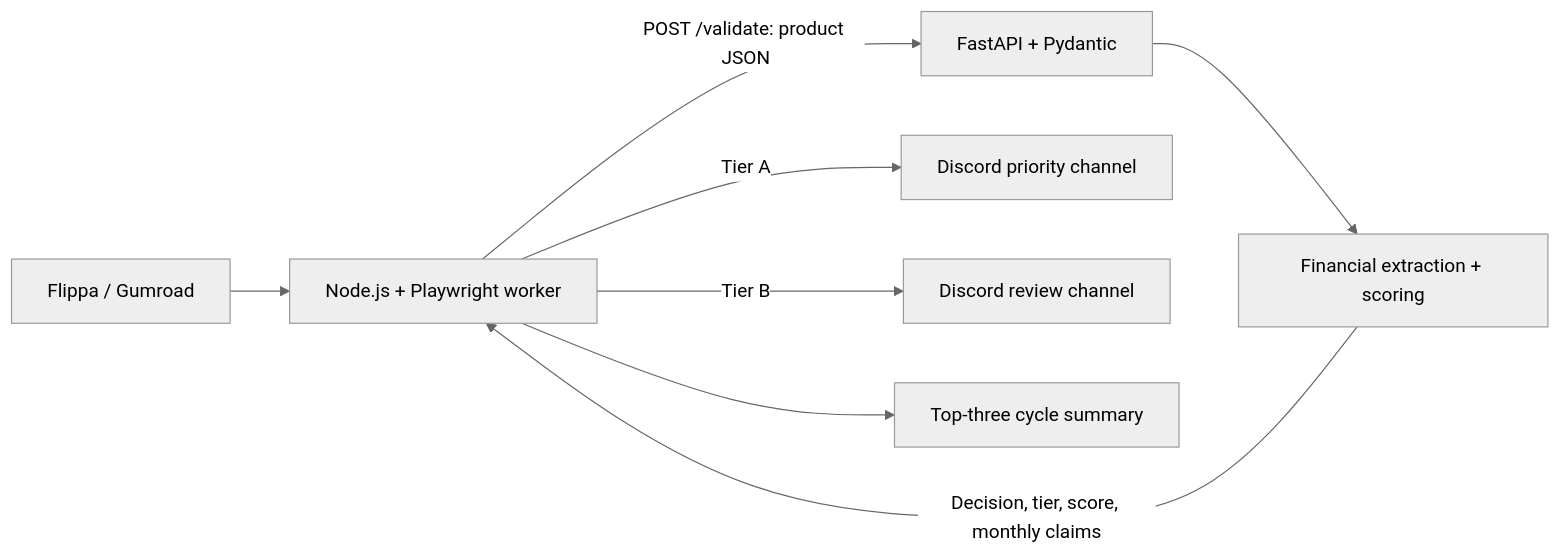
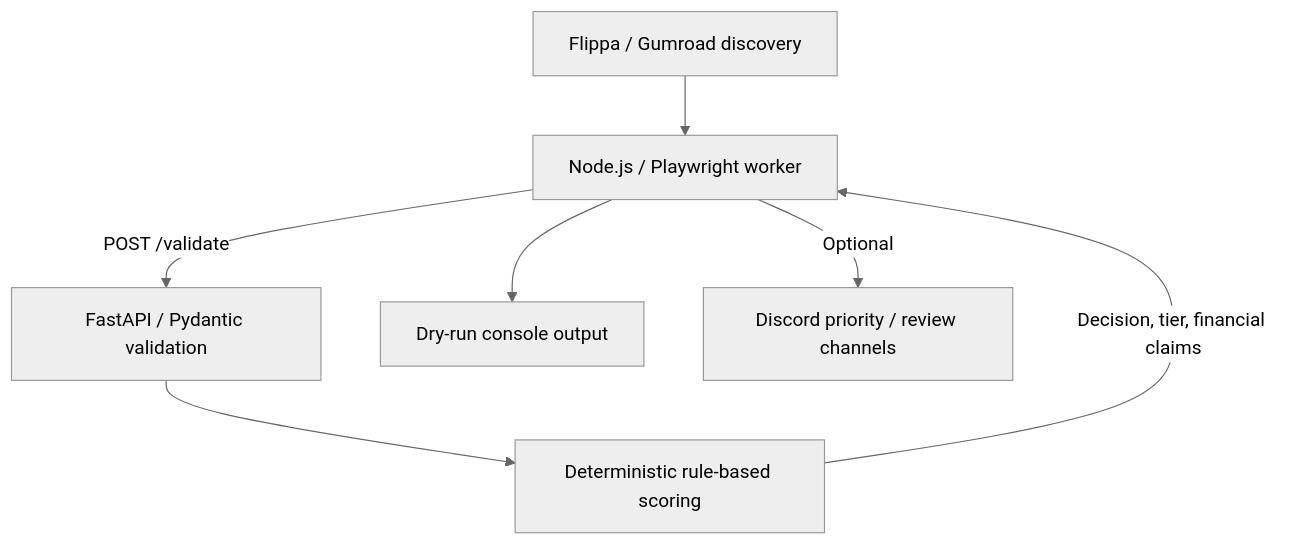
One commit to JoshkieChan/Opportunity-Scout changed the diagram in README.md. Above: the diagram before and after it, drawn with Mermaid (neutral theme). The commit also changed other lines of this file and 10 other files, not shown here.

````diff
--- a/README.md
+++ b/README.md
@@ -9,10 +9,9 @@
 ```mermaid
-flowchart LR
-    F[Flippa / Gumroad] --> P[Node.js + Playwright worker]
-    P -->|POST /validate: product JSON| V[FastAPI + Pydantic]
-    V --> S[Financial extraction + scoring]
-    S -->|Decision, tier, score, monthly claims| P
-    P -->|Tier A| A[Discord priority channel]
-    P -->|Tier B| B[Discord review channel]
-    P --> R[Top-three cycle summary]
+flowchart TD
+    M[Flippa / Gumroad discovery] --> W[Node.js / Playwright worker]
+    W -->|POST /validate| V[FastAPI / Pydantic validation]
+    V --> S[Deterministic rule-based scoring]
+    S -->|Decision, tier, financial claims| W
+    W --> D[Dry-run console output]
+    W -->|Optional| A[Discord priority / review channels]
 ```
````
